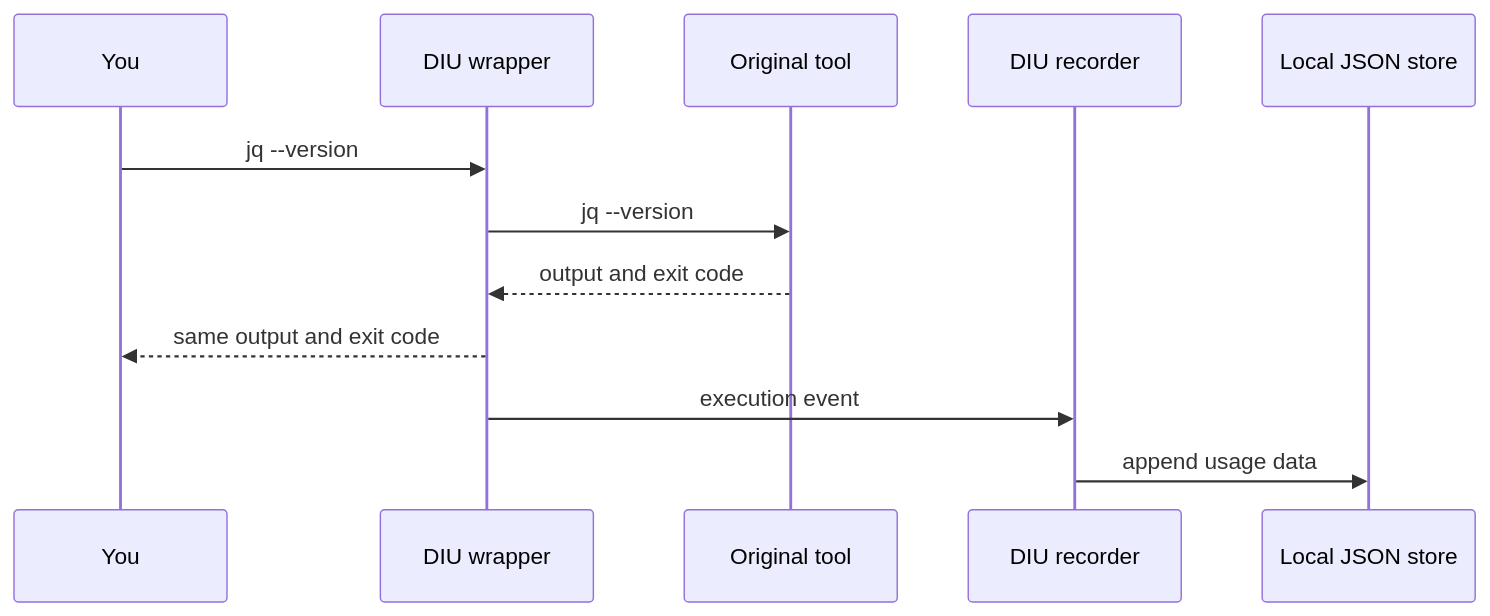
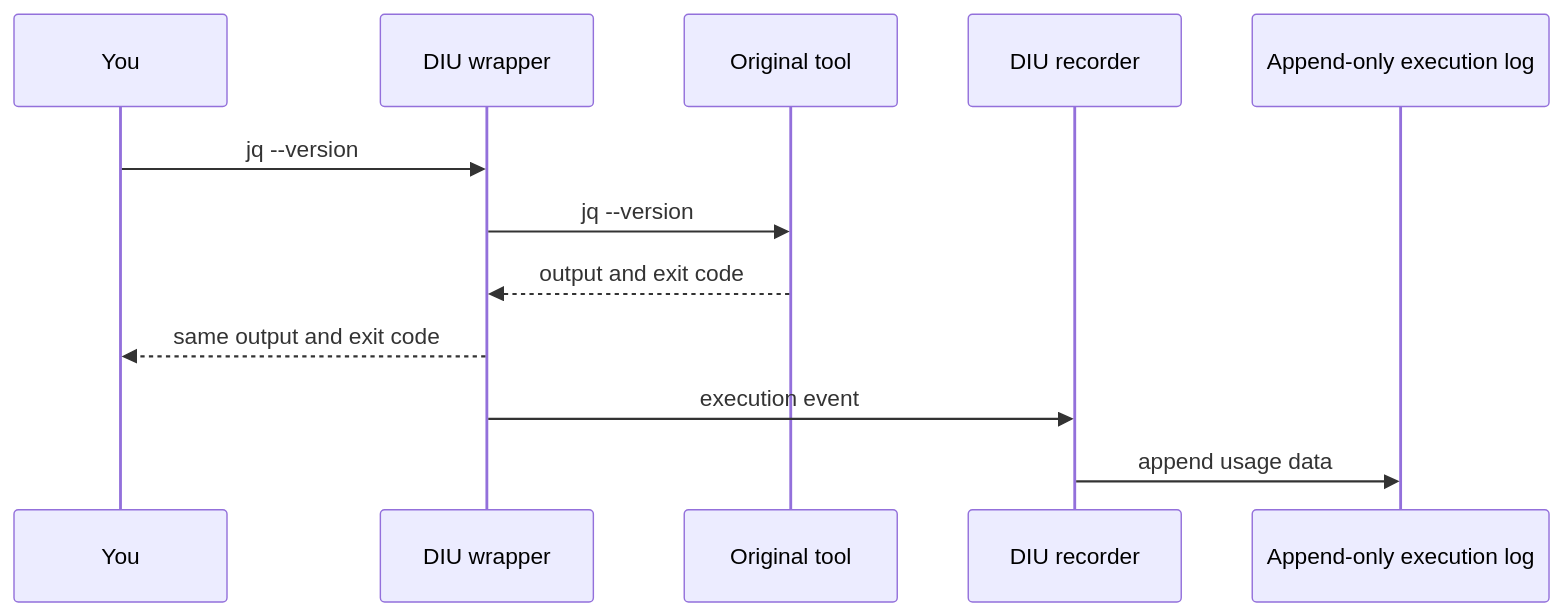
Before and after one commit to yowainwright/diu: the first of 2 diagrams in README.md, drawn with Mermaid. The commit also changed other lines of this file and 17 other files, not shown here.

````diff
--- a/README.md
+++ b/README.md
@@ -130,15 +131,15 @@
 ```mermaid
 sequenceDiagram
     participant You
     participant Wrapper as DIU wrapper
     participant Tool as Original tool
     participant Recorder as DIU recorder
-    participant Store as Local JSON store
+    participant Store as Append-only execution log
 
     You->>Wrapper: jq --version
     Wrapper->>Tool: jq --version
     Tool-->>Wrapper: output and exit code
     Wrapper-->>You: same output and exit code
     Wrapper->>Recorder: execution event
     Recorder->>Store: append usage data
 ```
````
